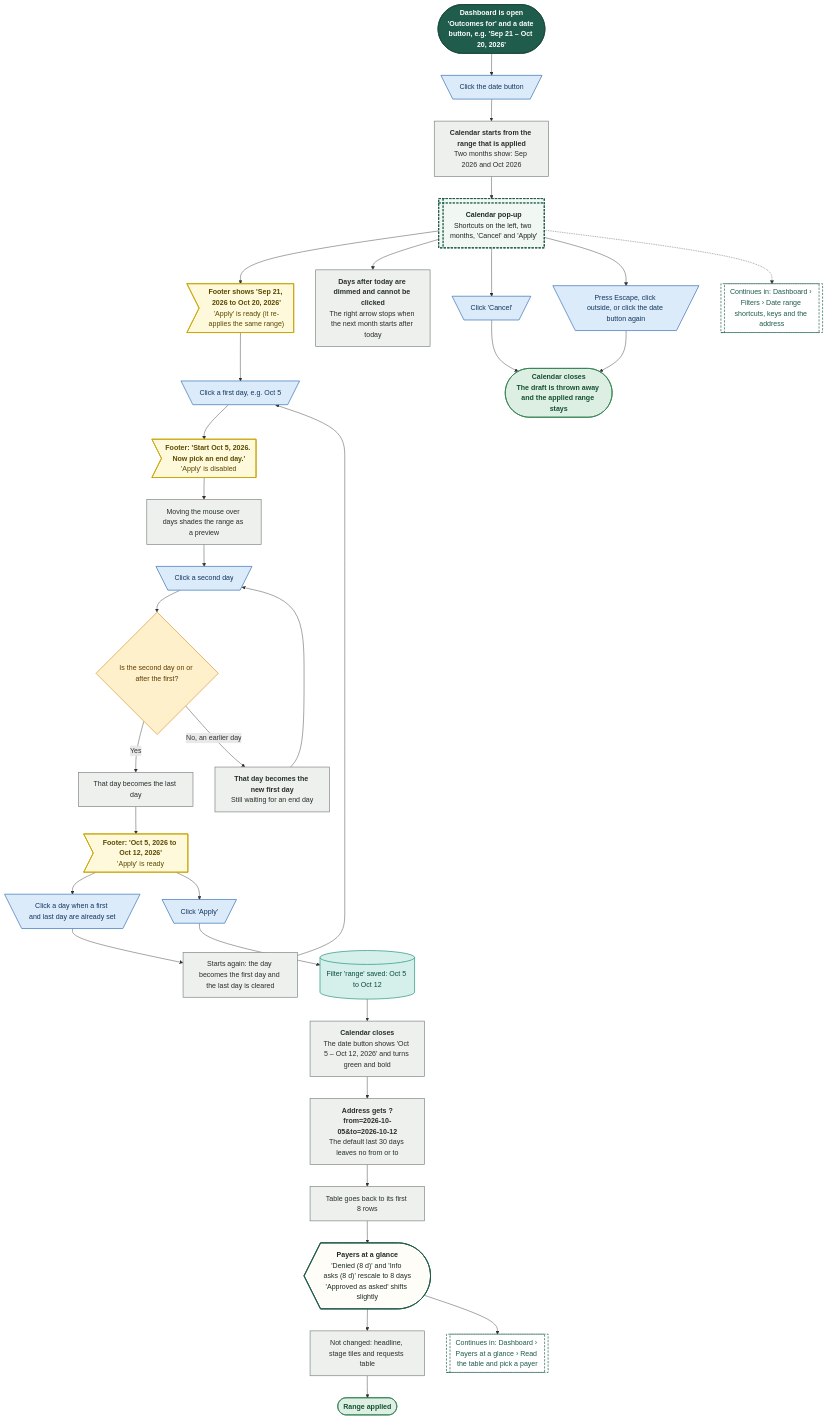
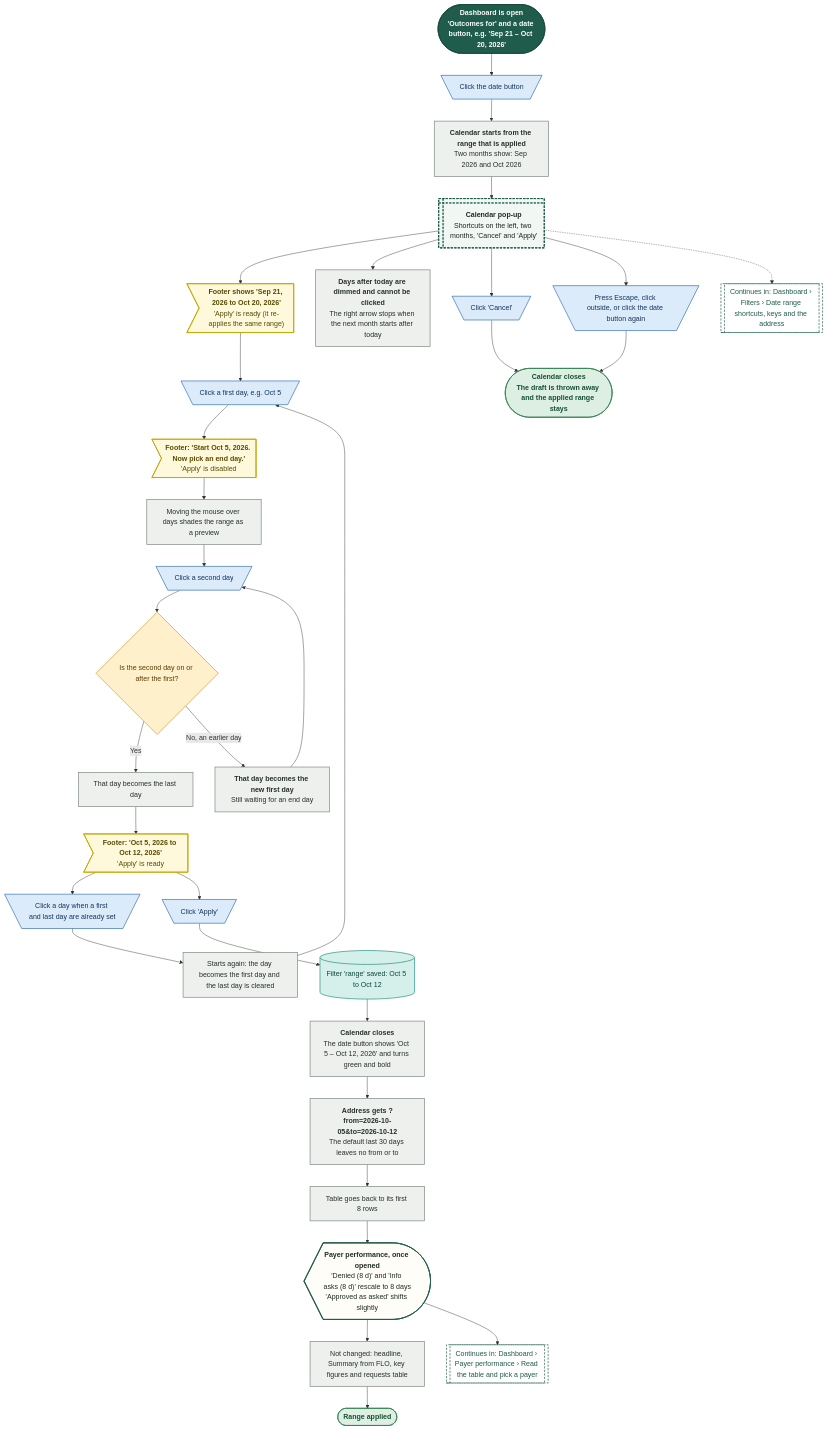
The sixth of 21 diagrams in demos/prior-auth-demo/workflows/out/md/02-dashboard.md (Shrav143/psyfloapp), drawn with Mermaid before and after one commit. The commit also changed other lines of this file and 192 other files, not shown here.

First line of the commit message:
docs: changelog by sidebar tab; README, diagrams and Settings layout aligned with the refinement; shared InfoTip; referral cost-share line

````diff
--- a/demos/prior-auth-demo/workflows/out/md/02-dashboard.md
+++ b/demos/prior-auth-demo/workflows/out/md/02-dashboard.md
@@ -339,73 +446,73 @@
 ```mermaid
 %%{init: {"theme":"base","themeVariables":{"fontFamily":"'DM Sans', 'Segoe UI', system-ui, sans-serif","fontSize":"15px","lineColor":"#5B6B63","primaryTextColor":"#1C2B25","clusterBkg":"#FBF8F3","clusterBorder":"#D9CDBB","edgeLabelBackground":"#FFFFFF"},"flowchart":{"curve":"basis","nodeSpacing":36,"rankSpacing":48,"padding":12,"htmlLabels":true,"useMaxWidth":false,"wrappingWidth":230}} }%%
 flowchart TD
   classDef k_start fill:#1F5C4B,stroke:#174638,color:#FFFFFF,stroke-width:1.5px,font-weight:600
   classDef k_end fill:#DDEFE3,stroke:#2E7D4F,color:#14502F,stroke-width:1.5px,font-weight:600
   classDef k_endx fill:#FBE3E0,stroke:#C0392B,color:#7A1F16,stroke-width:1.5px,font-weight:600
   classDef k_screen fill:#FFFDF8,stroke:#1F5C4B,color:#1C2B25,stroke-width:2px
   classDef k_overlay fill:#F1F7F3,stroke:#1F5C4B,color:#1C2B25,stroke-width:2px,stroke-dasharray:5 3
   classDef k_click fill:#DCEBFA,stroke:#2F6DB5,color:#12365F,stroke-width:1.5px
   classDef k_input fill:#E4E7FF,stroke:#4C5FD5,color:#1D2670,stroke-width:1.5px
   classDef k_process fill:#EEF0EE,stroke:#7A857F,color:#26302B,stroke-width:1.5px
   classDef k_agent fill:#EEE5FA,stroke:#7A4FC2,color:#341A63,stroke-width:1.5px
   classDef k_decision fill:#FFF0CC,stroke:#D9962B,color:#5C3B00,stroke-width:1.5px
   classDef k_store fill:#D5F0EA,stroke:#1C8E7B,color:#0B4A3F,stroke-width:1.5px
   classDef k_doc fill:#F6E9DC,stroke:#B07A4C,color:#4A2E14,stroke-width:1.5px
   classDef k_ext fill:#FFE6D2,stroke:#E07B39,color:#6B2F06,stroke-width:1.5px
   classDef k_wait fill:#E4E8EE,stroke:#6B7C93,color:#26303D,stroke-width:1.5px
   classDef k_toast fill:#FFF9DB,stroke:#C9A400,color:#5A4A00,stroke-width:1.5px
   classDef k_goto fill:#FFFFFF,stroke:#1F5C4B,color:#1F5C4B,stroke-width:1.5px,stroke-dasharray:5 3
   s1@{ shape: stadium, label: "<b>Dashboard is open</b><br/>'Outcomes for' and a date button, e.g. 'Sep 21 – Oct 20, 2026'" }
   c1@{ shape: trap-t, label: "Click the date button" }
   p1@{ shape: rect, label: "<b>Calendar starts from the range that is applied</b><br/>Two months show: Sep 2026 and Oct 2026" }
   o1@{ shape: win-pane, label: "<b>Calendar pop-up</b><br/>Shortcuts on the left, two months, 'Cancel' and 'Apply'" }
   t0@{ shape: odd, label: "<b>Footer shows 'Sep 21, 2026 to Oct 20, 2026'</b><br/>'Apply' is ready (it re-applies the same range)" }
   p2@{ shape: rect, label: "<b>Days after today are dimmed and cannot be clicked</b><br/>The right arrow stops when the next month starts after today" }
   c2@{ shape: trap-t, label: "Click a first day, e.g. Oct 5" }
   t1@{ shape: odd, label: "<b>Footer: 'Start Oct 5, 2026. Now pick an end day.'</b><br/>'Apply' is disabled" }
   p3@{ shape: rect, label: "Moving the mouse over days shades the range as a preview" }
   c3@{ shape: trap-t, label: "Click a second day" }
   d1@{ shape: diam, label: "Is the second day on or after the first?" }
   p4@{ shape: rect, label: "<b>That day becomes the new first day</b><br/>Still waiting for an end day" }
   p5@{ shape: rect, label: "That day becomes the last day" }
   t2@{ shape: odd, label: "<b>Footer: 'Oct 5, 2026 to Oct 12, 2026'</b><br/>'Apply' is ready" }
   c4@{ shape: trap-t, label: "Click a day when a first and last day are already set" }
   p6@{ shape: rect, label: "Starts again: the day becomes the first day and the last day is cleared" }
   c5@{ shape: trap-t, label: "Click 'Apply'" }
   w1@{ shape: cyl, label: "Filter 'range' saved: Oct 5 to Oct 12" }
   p7@{ shape: rect, label: "<b>Calendar closes</b><br/>The date button shows 'Oct 5 – Oct 12, 2026' and turns green and bold" }
   p8@{ shape: rect, label: "<b>Address gets ?from=2026-10-05&to=2026-10-12</b><br/>The default last 30 days leaves no from or to" }
   p9@{ shape: rect, label: "Table goes back to its first 8 rows" }
-  sc@{ shape: curv-trap, label: "<b>Payers at a glance</b><br/>'Denied (8 d)' and 'Info asks (8 d)' rescale to 8 days<br/>'Approved as asked' shifts slightly" }
-  p10@{ shape: rect, label: "Not changed: headline, stage tiles and requests table" }
+  sc@{ shape: curv-trap, label: "<b>Payer performance, once opened</b><br/>'Denied (8 d)' and 'Info asks (8 d)' rescale to 8 days<br/>'Approved as asked' shifts slightly" }
+  p10@{ shape: rect, label: "Not changed: headline, Summary from FLO, key figures and requests table" }
   c6@{ shape: trap-t, label: "Click 'Cancel'" }
   c7@{ shape: trap-t, label: "Press Escape, click outside, or click the date button again" }
   e1@{ shape: stadium, label: "<b>Calendar closes</b><br/>The draft is thrown away and the applied range stays" }
   e2@{ shape: stadium, label: "Range applied" }
   g1@{ shape: subproc, label: "Continues in: Dashboard › Filters › Date range shortcuts, keys and the address" }
-  g2@{ shape: subproc, label: "Continues in: Dashboard › Payers at a glance › Read the table and pick a payer" }
+  g2@{ shape: subproc, label: "Continues in: Dashboard › Payer performance › Read the table and pick a payer" }
   s1 --> c1 --> p1 --> o1 --> t0
   o1 --> p2
   t0 --> c2 --> t1 --> p3 --> c3 --> d1
   d1 -->|"Yes"| p5 --> t2
   d1 -->|"No, an earlier day"| p4 --> c3
   t2 --> c4 --> p6 --> c2
   t2 --> c5
   c5 --> w1 --> p7 --> p8 --> p9 --> sc --> p10 --> e2
   sc --> g2
   o1 --> c6
   o1 --> c7
   c6 --> e1
   c7 --> e1
   o1 -.-> g1
   class s1 k_start
   class c1,c2,c3,c4,c5,c6,c7 k_click
   class p1,p2,p3,p4,p5,p6,p7,p8,p9,p10 k_process
   class o1 k_overlay
   class t0,t1,t2 k_toast
   class d1 k_decision
   class w1 k_store
   class sc k_screen
   class e1,e2 k_end
   class g1,g2 k_goto
 ```
````
